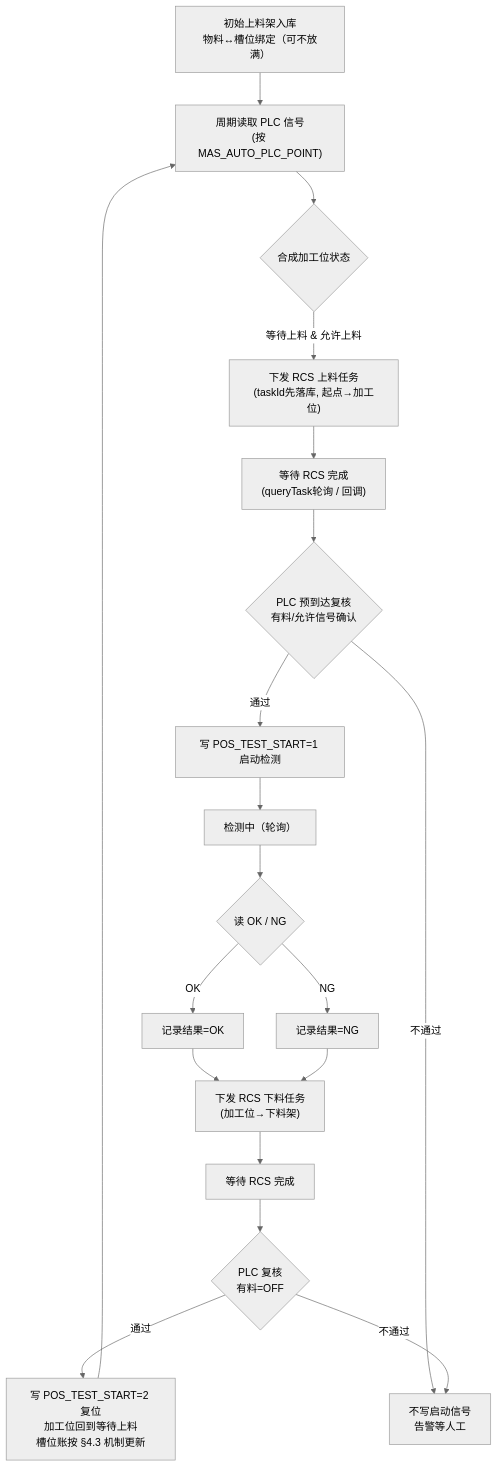
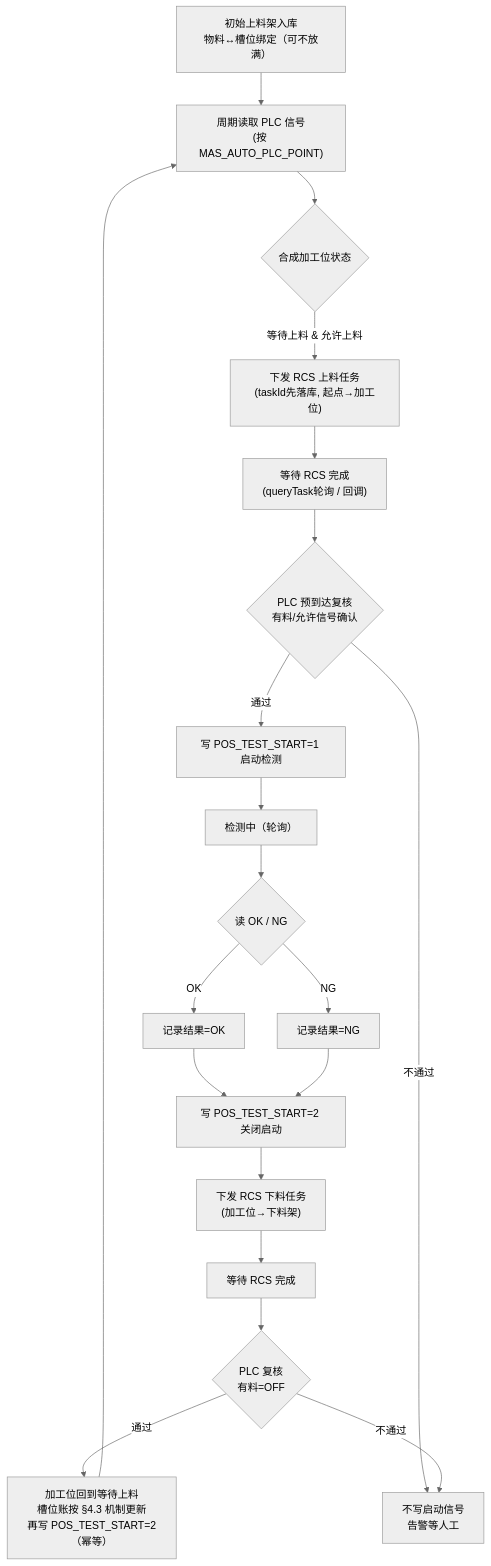
One commit to rui-xiaomi/CNC changed the third of 3 diagrams in docs/客户端开发文档.md. Above: the diagram before and after it, drawn with Mermaid (neutral theme). The commit also changed other lines of this file and 13 other files, not shown here.

````diff
--- a/docs/客户端开发文档.md
+++ b/docs/客户端开发文档.md
@@ -461,21 +462,22 @@
 ```mermaid
 flowchart TD
     Init["初始上料架入库<br/>物料↔槽位绑定（可不放满）"] --> Poll
     Poll["周期读取 PLC 信号<br/>(按 MAS_AUTO_PLC_POINT)"] --> S{"合成加工位状态"}
     S -->|等待上料 & 允许上料| Dispatch["下发 RCS 上料任务<br/>(taskId先落库, 起点→加工位)"]
     Dispatch --> WaitRcs["等待 RCS 完成<br/>(queryTask轮询 / 回调)"]
     WaitRcs --> Verify{"PLC 预到达复核<br/>有料/允许信号确认"}
     Verify -->|通过| Start["写 POS_TEST_START=1 启动检测"]
     Verify -->|不通过| Hold["不写启动信号<br/>告警等人工"]
     Start --> Proc["检测中（轮询）"]
     Proc --> R{"读 OK / NG"}
     R -->|OK| RecOK["记录结果=OK"]
     R -->|NG| RecNG["记录结果=NG"]
-    RecOK --> UnloadD["下发 RCS 下料任务<br/>(加工位→下料架)"]
-    RecNG --> UnloadD
+    RecOK --> Stop["写 POS_TEST_START=2 关闭启动"]
+    RecNG --> Stop
+    Stop --> UnloadD["下发 RCS 下料任务<br/>(加工位→下料架)"]
     UnloadD --> WaitRcs2["等待 RCS 完成"]
     WaitRcs2 --> Verify2{"PLC 复核<br/>有料=OFF"}
-    Verify2 -->|通过| Reset["写 POS_TEST_START=2 复位<br/>加工位回到等待上料<br/>槽位账按 §4.3 机制更新"]
+    Verify2 -->|通过| Ready["加工位回到等待上料<br/>槽位账按 §4.3 机制更新<br/>再写 POS_TEST_START=2（幂等）"]
     Verify2 -->|不通过| Hold
-    Reset --> Poll
+    Ready --> Poll
 ```
````
